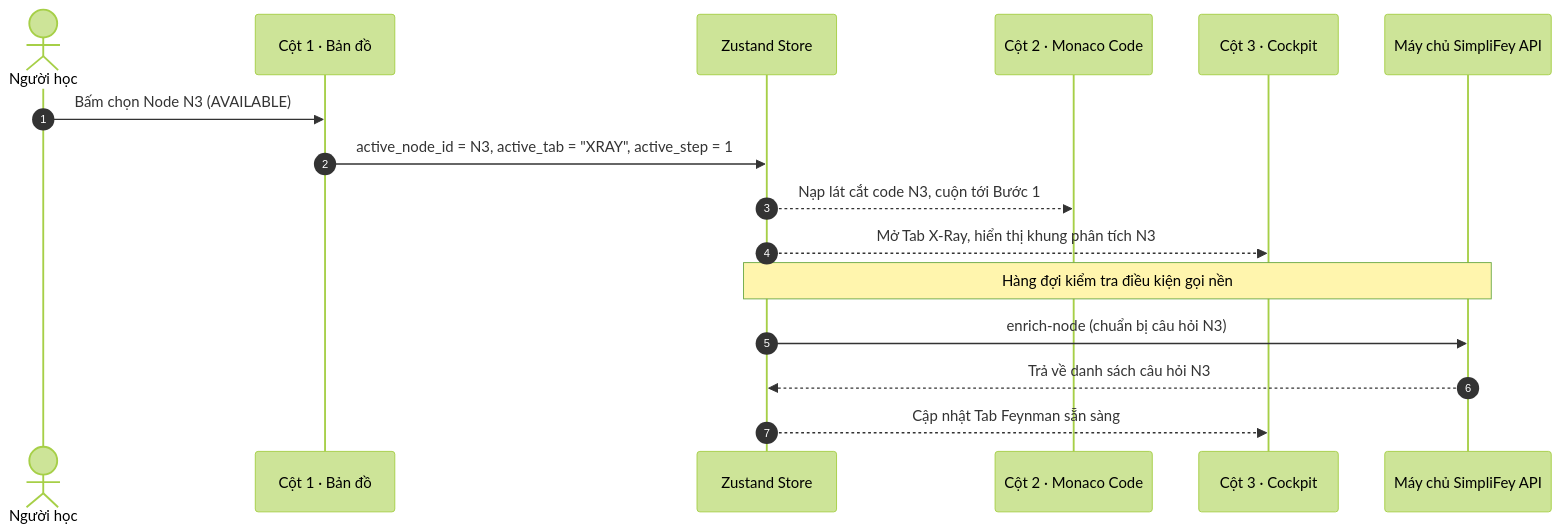
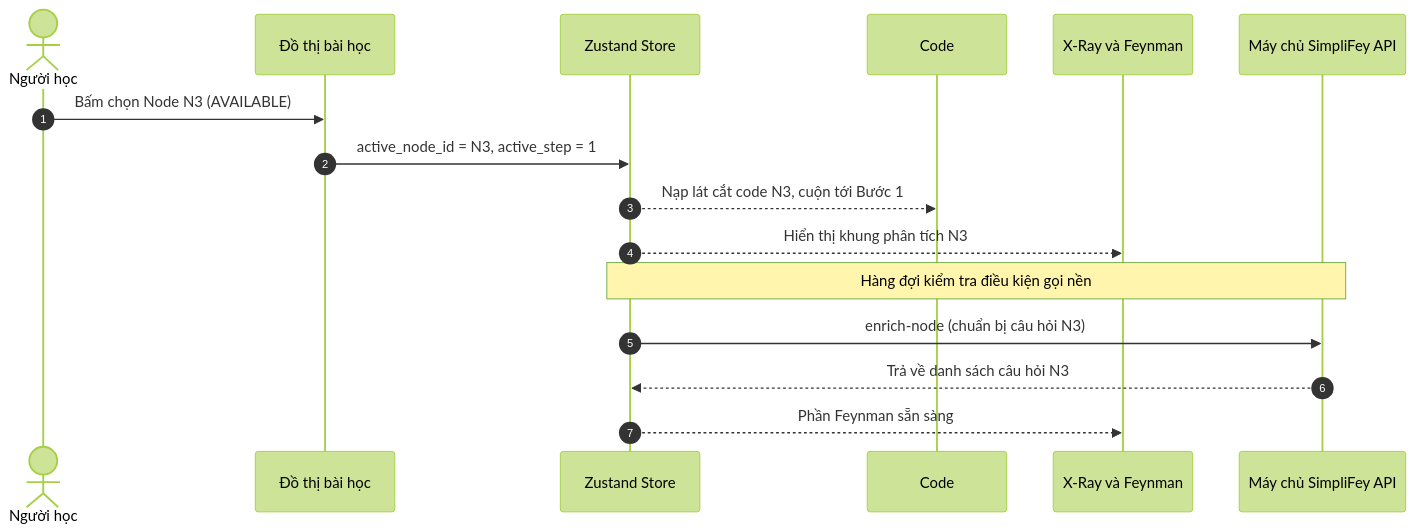
One commit to huynhthanhnhannnh-pixel/Hackathon_SGU changed the sixth of 9 diagrams in doc-de-hieu/06_giao_dien.md. Above: the diagram before and after it, drawn with Mermaid (forest theme). The commit also changed other lines of this file and 10 other files, not shown here.

Commit message:
docs: cập nhật doc-de-hieu, pitch theo giao diện mới và phạm vi bản thi

````diff
--- a/doc-de-hieu/06_giao_dien.md
+++ b/doc-de-hieu/06_giao_dien.md
@@ -505,19 +484,19 @@
 ```mermaid
 sequenceDiagram
     autonumber
     actor User as Người học
-    participant C1 as Cột 1 · Bản đồ
+    participant C1 as Đồ thị bài học
     participant Store as Zustand Store
-    participant C2 as Cột 2 · Monaco Code
-    participant C3 as Cột 3 · Cockpit
+    participant C2 as Code
+    participant C3 as X-Ray và Feynman
     participant API as Máy chủ SimpliFey API
 
     User->>C1: Bấm chọn Node N3 (AVAILABLE)
-    C1->>Store: active_node_id = N3, active_tab = "XRAY", active_step = 1
+    C1->>Store: active_node_id = N3, active_step = 1
     Store-->>C2: Nạp lát cắt code N3, cuộn tới Bước 1
-    Store-->>C3: Mở Tab X-Ray, hiển thị khung phân tích N3
+    Store-->>C3: Hiển thị khung phân tích N3
     Note over Store,API: Hàng đợi kiểm tra điều kiện gọi nền
     Store->>API: enrich-node (chuẩn bị câu hỏi N3)
     API-->>Store: Trả về danh sách câu hỏi N3
-    Store-->>C3: Cập nhật Tab Feynman sẵn sàng
+    Store-->>C3: Phần Feynman sẵn sàng
 ```
````
